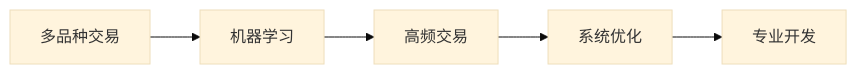
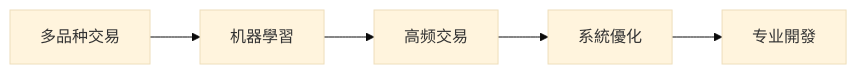
The fourth of 4 diagrams in 3 Resources/01-Tech/Programming/MQL4-MQL5/MQL4与MQL5知识库导航.md (kmjade/knowledge-value), drawn with Mermaid (base theme) before and after one commit. The commit also changed other lines of this file and 653 other files, not shown here.

````diff
--- a/3 Resources/01-Tech/Programming/MQL4-MQL5/MQL4与MQL5知识库导航.md
+++ b/3 Resources/01-Tech/Programming/MQL4-MQL5/MQL4与MQL5知识库导航.md
@@ -129,7 +129,7 @@
 ```mermaid
 graph LR
-    A[多品种交易] --> B[机器学习]
+    A[多品种交易] --> B[机器學習]
     B --> C[高频交易]
-    C --> D[系统优化]
-    D --> E[专业开发]
+    C --> D[系統優化]
+    D --> E[专业開發]
 ```
````
